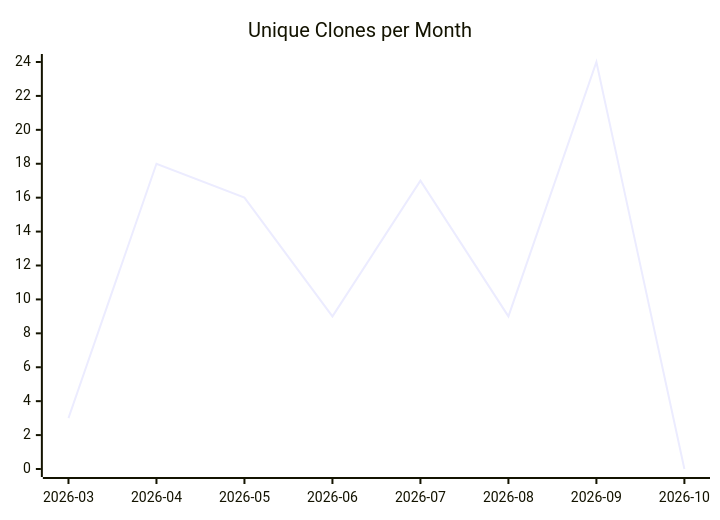
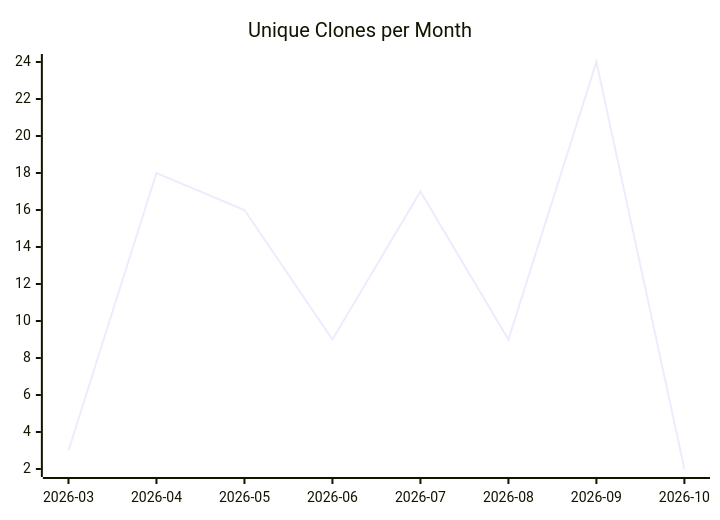
Before and after one commit to justdavis-family/github-analytics-data: the third of 3 diagrams in karlmdavis/jessentials/README.md, drawn with Mermaid. The commit also changed other lines of this file and 201 other files, not shown here.

````diff
--- a/karlmdavis/jessentials/README.md
+++ b/karlmdavis/jessentials/README.md
@@ -19,6 +19,6 @@
 ```mermaid
 xychart-beta
   title "Unique Clones per Month"
   x-axis ["2026-03", "2026-04", "2026-05", "2026-06", "2026-07", "2026-08", "2026-09", "2026-10"]
-  line [3, 18, 16, 9, 17, 9, 24, 0]
+  line [3, 18, 16, 9, 17, 9, 24, 2]
 ```
````
